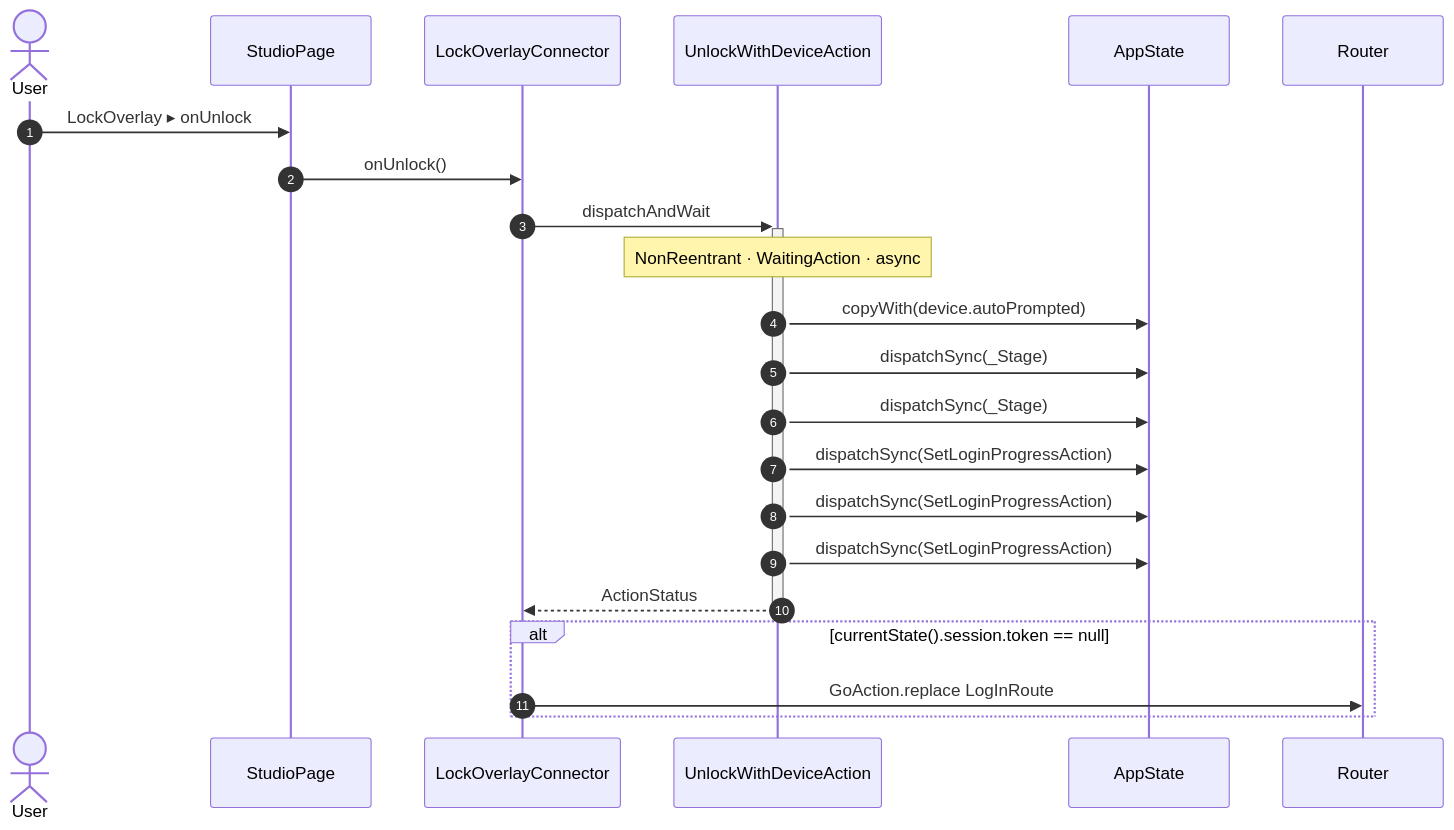
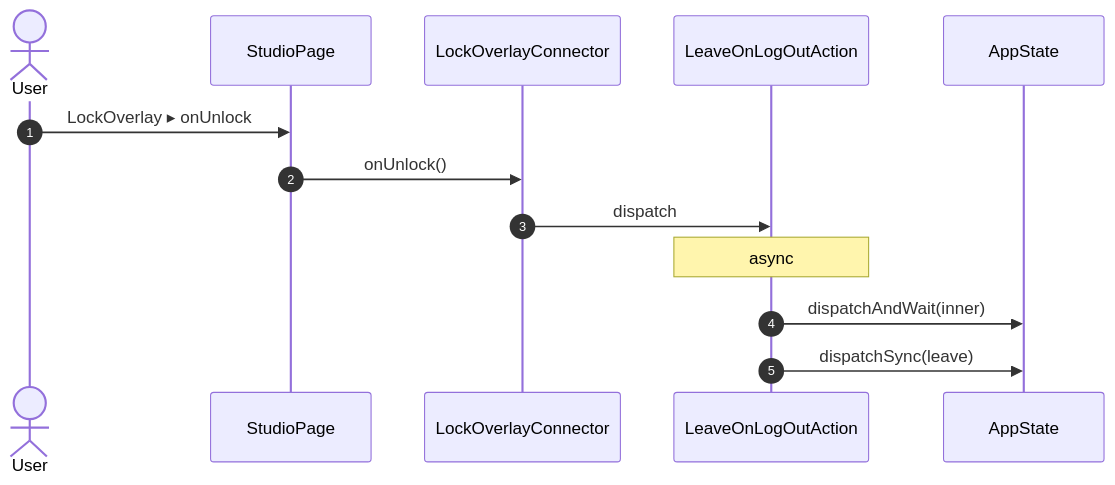
One commit to gencto/wyrm changed diagram 14 of 17 in studio/docs/flows/studio.md. Above: the diagram before and after it, drawn with Mermaid. The commit also changed other lines of this file and 90 other files, not shown here.

First line of the commit message:
studio: log-in: typed values, words in ui, one action per intent

````diff
--- a/studio/docs/flows/studio.md
+++ b/studio/docs/flows/studio.md
@@ -250,25 +250,16 @@
 ```mermaid
 sequenceDiagram
     autonumber
     actor User
     participant UI as StudioPage
     participant R1 as LockOverlayConnector
-    participant A1 as UnlockWithDeviceAction
+    participant A1 as LeaveOnLogOutAction
     participant ST as AppState
-    participant NAV as Router
 
     User->>UI: LockOverlay ▸ onUnlock
     UI->>R1: onUnlock()
-    R1->>+A1: dispatchAndWait
-    Note over A1: NonReentrant · WaitingAction · async
-    A1->>ST: copyWith(device.autoPrompted)
-    A1->>ST: dispatchSync(_Stage)
-    A1->>ST: dispatchSync(_Stage)
-    A1->>ST: dispatchSync(SetLoginProgressAction)
-    A1->>ST: dispatchSync(SetLoginProgressAction)
-    A1->>ST: dispatchSync(SetLoginProgressAction)
-    A1-->>-R1: ActionStatus
-    alt currentState().session.token == null
-        R1->>NAV: GoAction.replace LogInRoute
-    end
+    R1->>A1: dispatch
+    Note over A1: async
+    A1->>ST: dispatchAndWait(inner)
+    A1->>ST: dispatchSync(leave)
 ```
````
